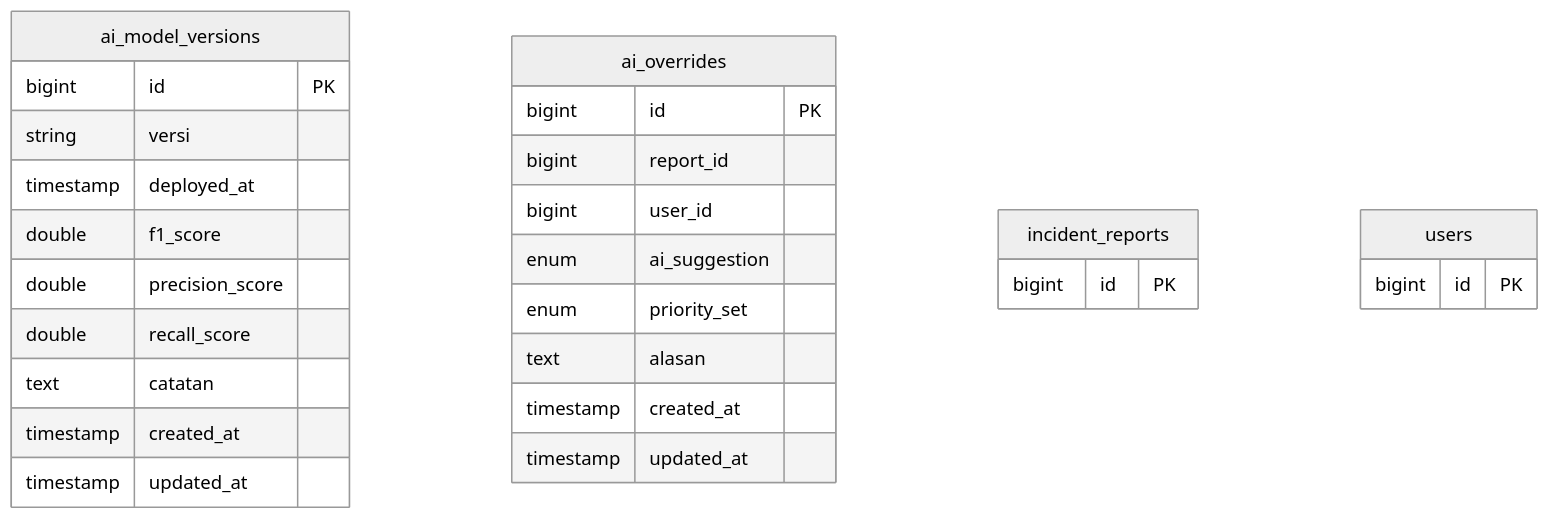
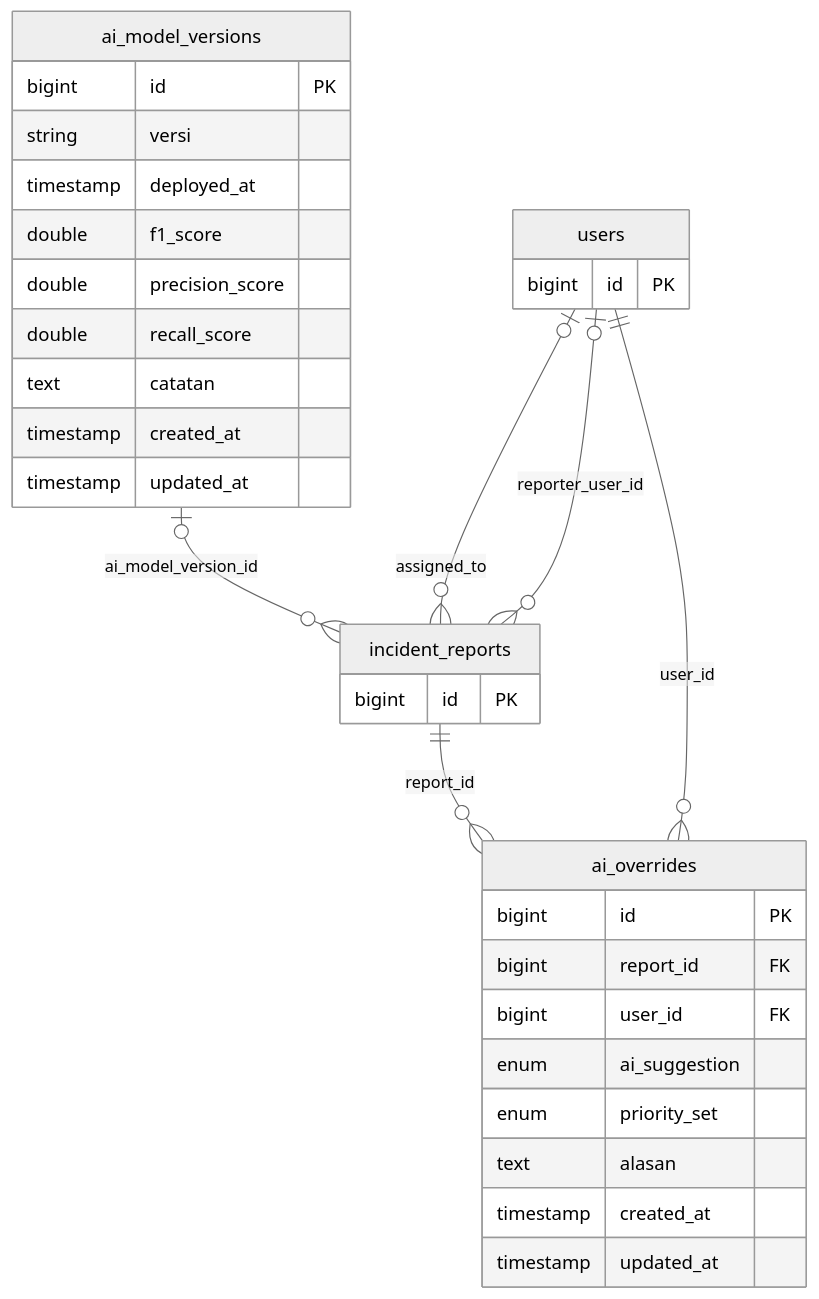
Before and after one commit to binailyas/Webdev-itx2026: the fourth of 7 diagrams in docs/ERD.md, drawn with Mermaid (neutral theme). The commit also changed other lines of this file and 3 other files, not shown here.

Commit message:
docs: panduan pindah database ruang_dengar, ERD diperbarui

````diff
--- a/docs/ERD.md
+++ b/docs/ERD.md
@@ -209,30 +272,35 @@
 ```mermaid
 erDiagram
     ai_model_versions {
         bigint id PK
         string versi
         timestamp deployed_at
         double f1_score
         double precision_score
         double recall_score
         text catatan
         timestamp created_at
         timestamp updated_at
     }
     ai_overrides {
         bigint id PK
-        bigint report_id
-        bigint user_id
+        bigint report_id FK
+        bigint user_id FK
         enum ai_suggestion
         enum priority_set
         text alasan
         timestamp created_at
         timestamp updated_at
     }
     incident_reports {
         bigint id PK
     }
     users {
         bigint id PK
     }
+    incident_reports ||--o{ ai_overrides : "report_id"
+    users ||--o{ ai_overrides : "user_id"
+    ai_model_versions |o--o{ incident_reports : "ai_model_version_id"
+    users |o--o{ incident_reports : "assigned_to"
+    users |o--o{ incident_reports : "reporter_user_id"
 ```
````
